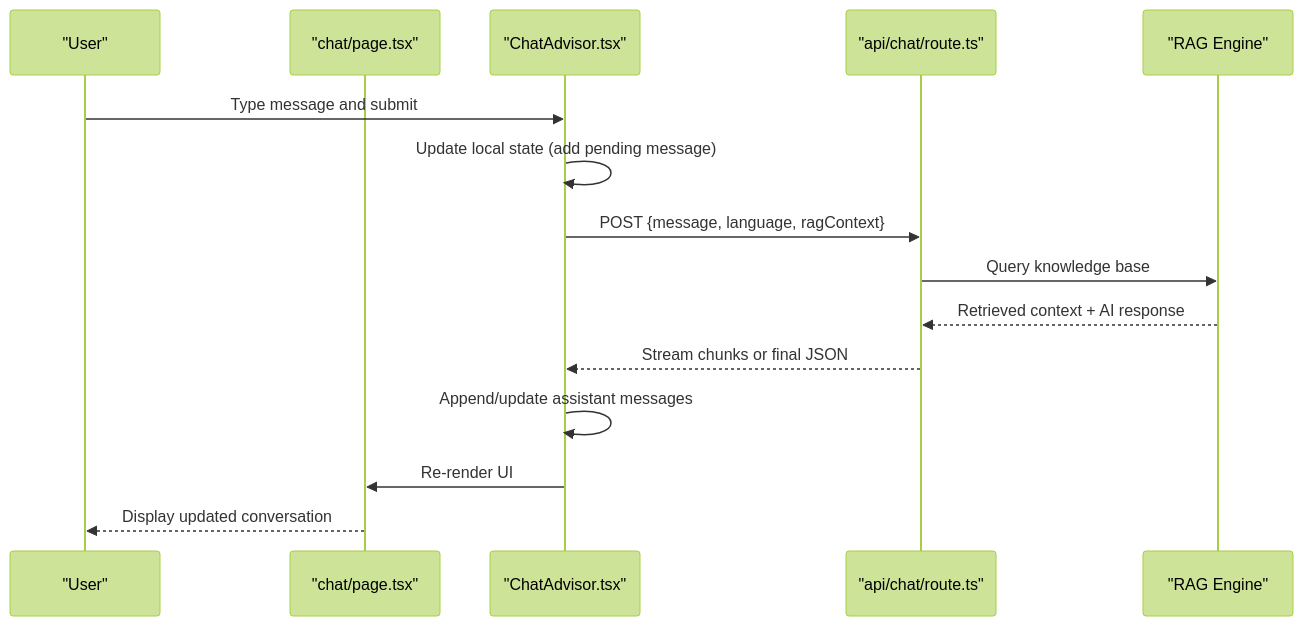
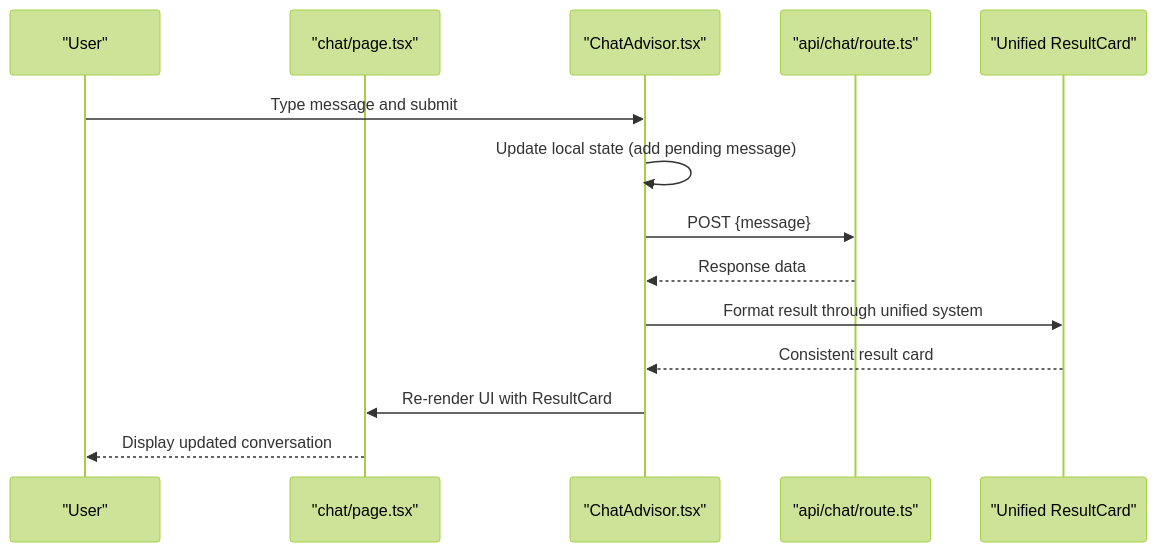
Before and after one commit to alibaba-hackathon-fsi/frontend-vaya: the second of 4 diagrams in .qoder/repowiki/en/content/Chat Interface/Chat UI Components.md, drawn with Mermaid (forest theme). The commit also changed other lines of this file and 4 other files, not shown here.

````diff
--- a/.qoder/repowiki/en/content/Chat Interface/Chat UI Components.md
+++ b/.qoder/repowiki/en/content/Chat Interface/Chat UI Components.md
@@ -103,17 +106,16 @@
 ```mermaid
 sequenceDiagram
 participant U as "User"
 participant P as "chat/page.tsx"
 participant C as "ChatAdvisor.tsx"
 participant A as "api/chat/route.ts"
-participant R as "RAG Engine"
+participant RC as "Unified ResultCard"
 U->>C : Type message and submit
 C->>C : Update local state (add pending message)
-C->>A : POST {message, language, ragContext}
-A->>R : Query knowledge base
-R-->>A : Retrieved context + AI response
-A-->>C : Stream chunks or final JSON
-C->>C : Append/update assistant messages
-C->>P : Re-render UI
+C->>A : POST {message}
+A-->>C : Response data
+C->>RC : Format result through unified system
+RC-->>C : Consistent result card
+C->>P : Re-render UI with ResultCard
 P-->>U : Display updated conversation
 ```
````
